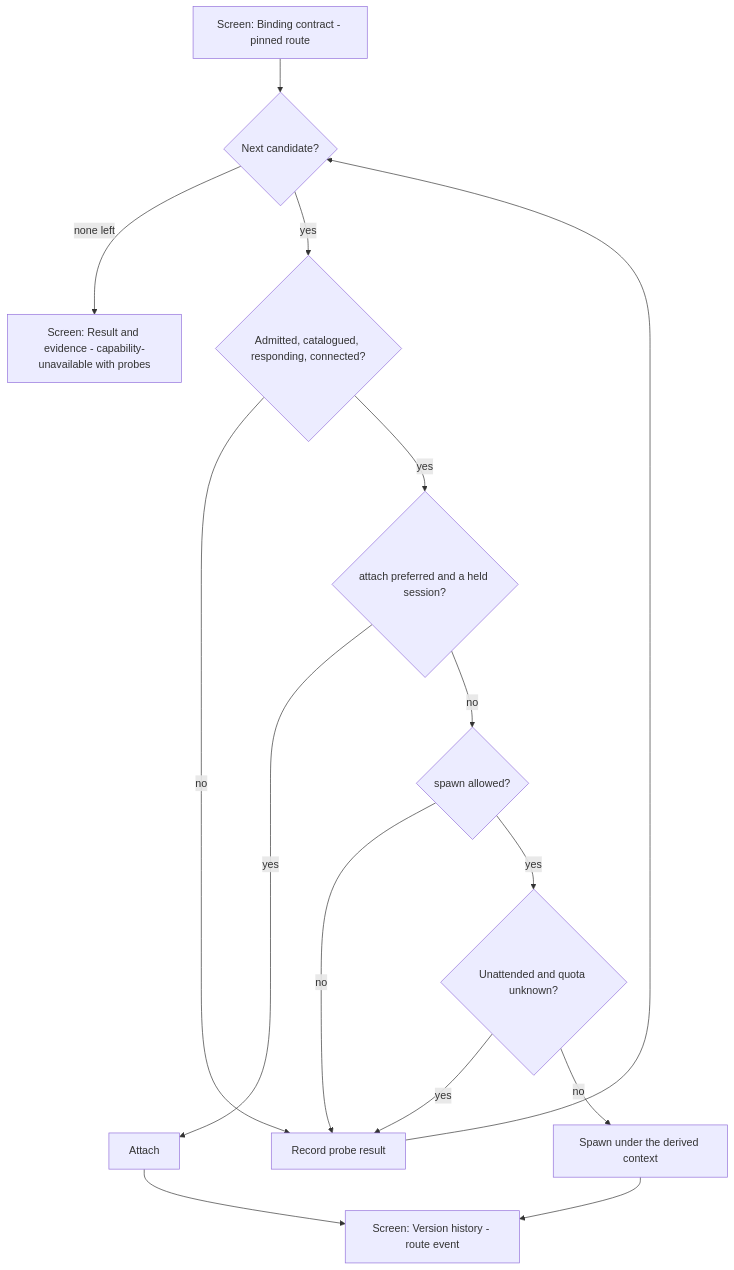
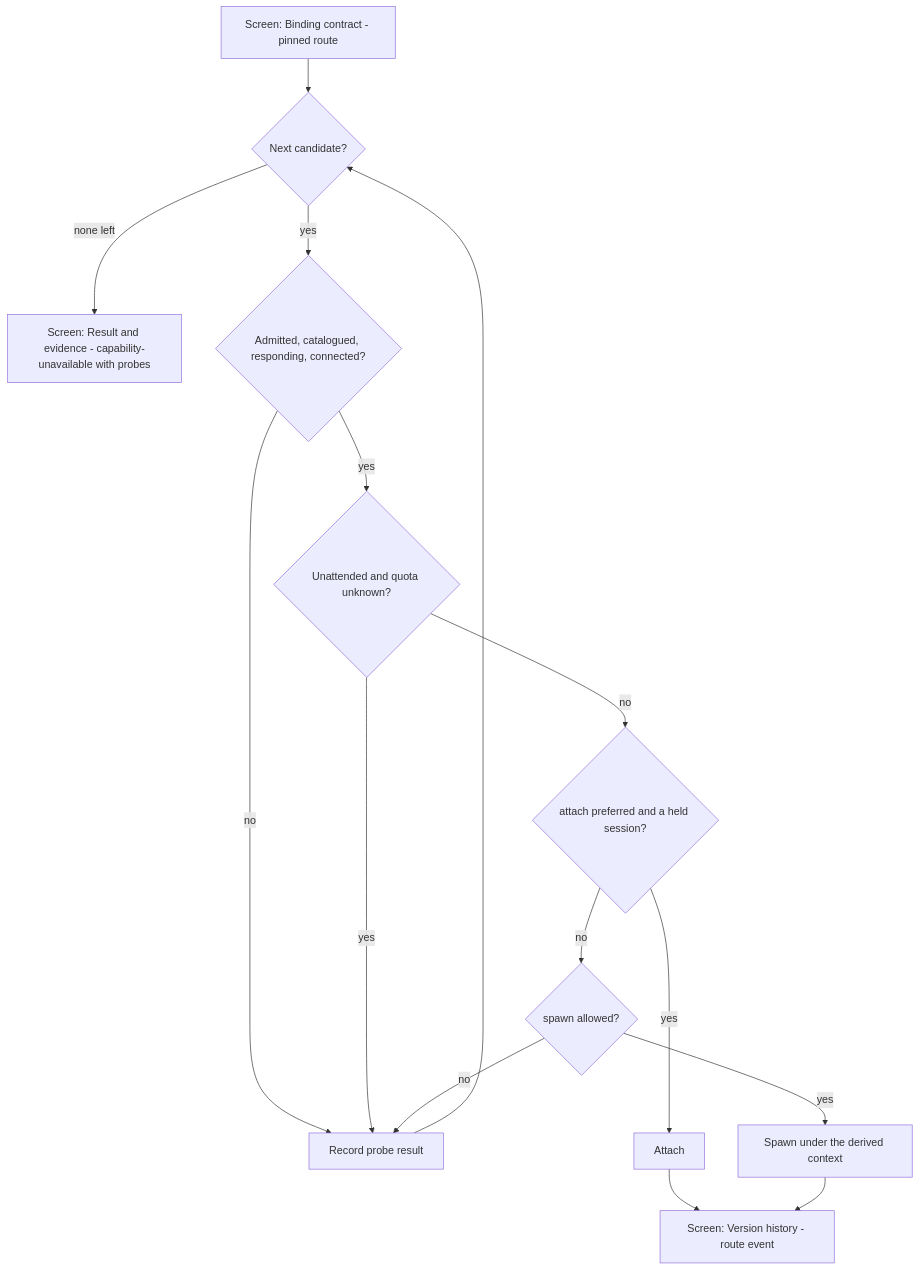
The fifth of 5 diagrams in docs/ux/flows.md (passioncode-ai/fabric-agent-contract), drawn with Mermaid before and after one commit. The commit also changed 16 other files, not shown here.

````diff
--- a/docs/ux/flows.md
+++ b/docs/ux/flows.md
@@ -136,16 +136,16 @@
 ```mermaid
 flowchart TD
   A[Screen: Binding contract - pinned route] --> B{Next candidate?}
   B -->|none left| X[Screen: Result and evidence - capability-unavailable with probes]
   B -->|yes| C{Admitted, catalogued, responding, connected?}
   C -->|no| P[Record probe result] --> B
-  C -->|yes| D{attach preferred and a held session?}
+  C -->|yes| G{Unattended and quota unknown?}
+  G -->|yes| P
+  G -->|no| D{attach preferred and a held session?}
   D -->|yes| E[Attach]
   D -->|no| F{spawn allowed?}
   F -->|no| P
-  F -->|yes| G{Unattended and quota unknown?}
-  G -->|yes| P
-  G -->|no| H[Spawn under the derived context]
+  F -->|yes| H[Spawn under the derived context]
   E --> R[Screen: Version history - route event]
   H --> R
 ```
````
